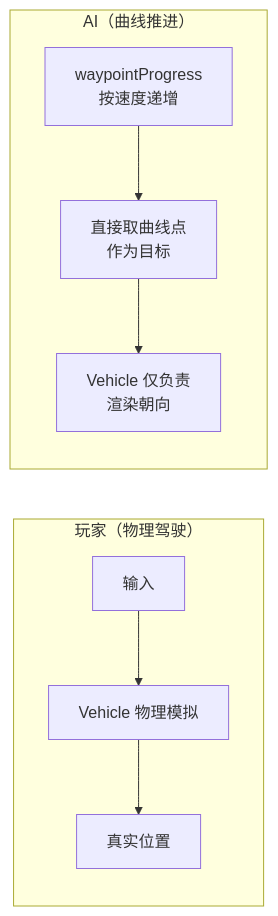
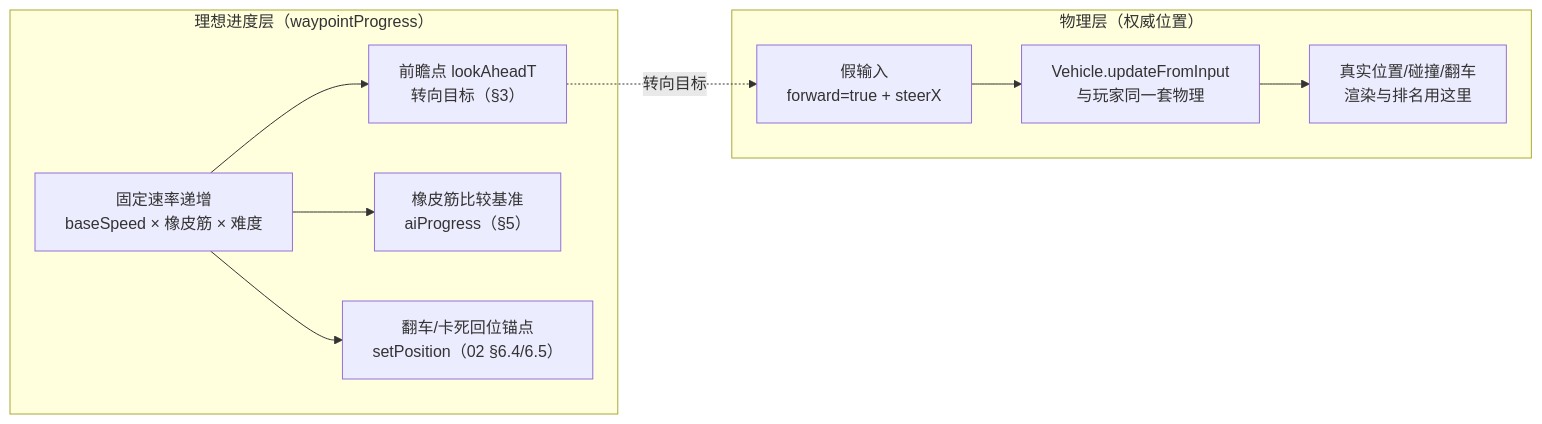
Before and after one commit to scm1219/just-for-speed: the first of 3 diagrams in docs/design/03-ai-opponents.md, drawn with Mermaid. The commit also changed other lines of this file and 6 other files, not shown here.

````diff
--- a/docs/design/03-ai-opponents.md
+++ b/docs/design/03-ai-opponents.md
@@ -16,9 +16,12 @@
 ```mermaid
 flowchart LR
-    subgraph "玩家（物理驾驶）"
-        P1["输入"] --> P2["Vehicle 物理模拟"] --> P3["真实位置"]
+    subgraph "物理层（权威位置）"
+        F1["假输入<br/>forward=true + steerX"] --> F2["Vehicle.updateFromInput<br/>与玩家同一套物理"] --> F3["真实位置/碰撞/翻车<br/>渲染与排名用这里"]
     end
-    subgraph "AI（曲线推进）"
-        A1["waypointProgress<br/>按速度递增"] --> A2["直接取曲线点<br/>作为目标"] --> A3["Vehicle 仅负责<br/>渲染朝向"]
+    subgraph "理想进度层（waypointProgress）"
+        W1["固定速率递增<br/>baseSpeed × 橡皮筋 × 难度"] --> W2["前瞻点 lookAheadT<br/>转向目标（§3）"]
+        W1 --> W3["橡皮筋比较基准<br/>aiProgress（§5）"]
+        W1 --> W4["翻车/卡死回位锚点<br/>setPosition（02 §6.4/6.5）"]
     end
+    W2 -.转向目标.-> F1
 ```
````
